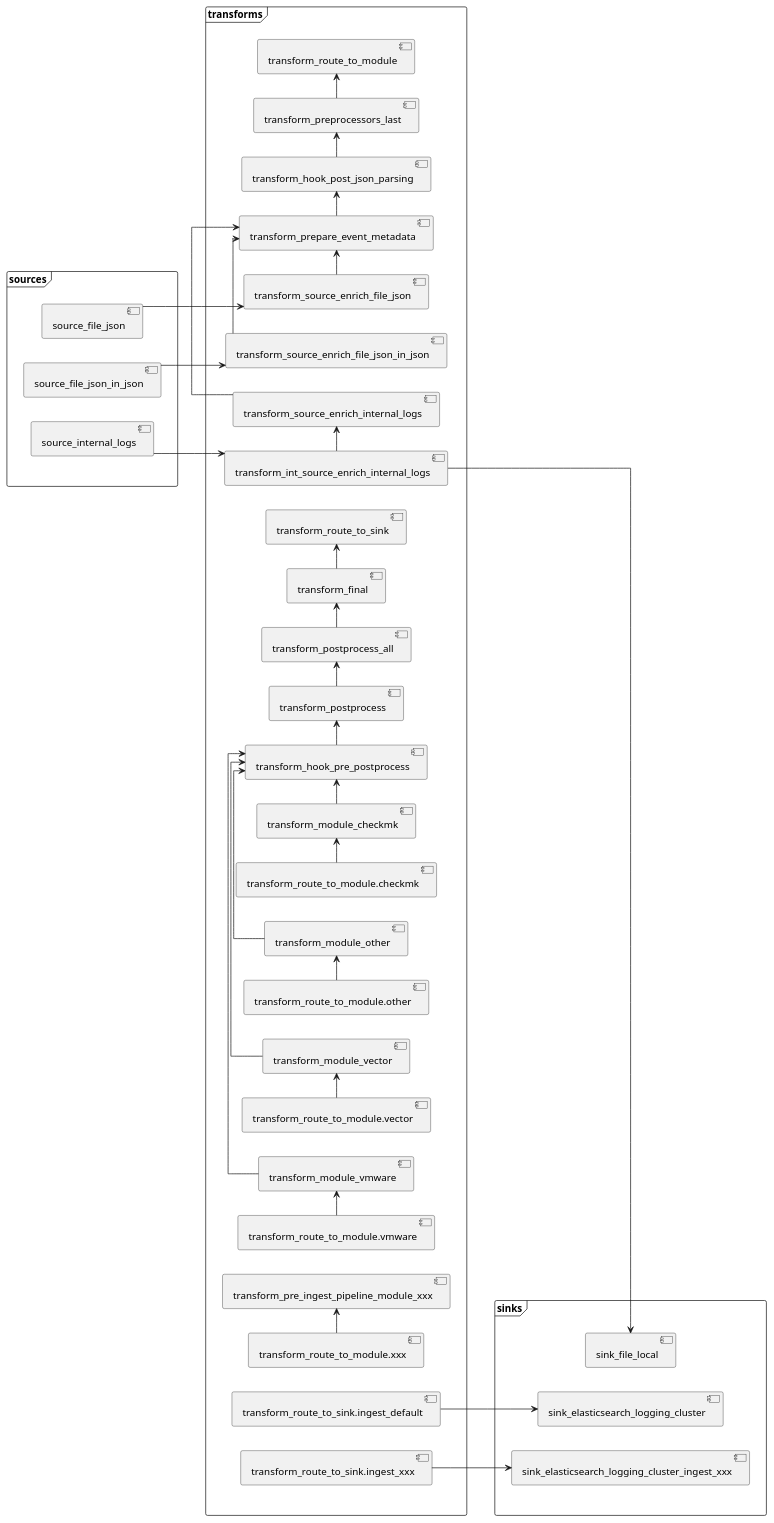
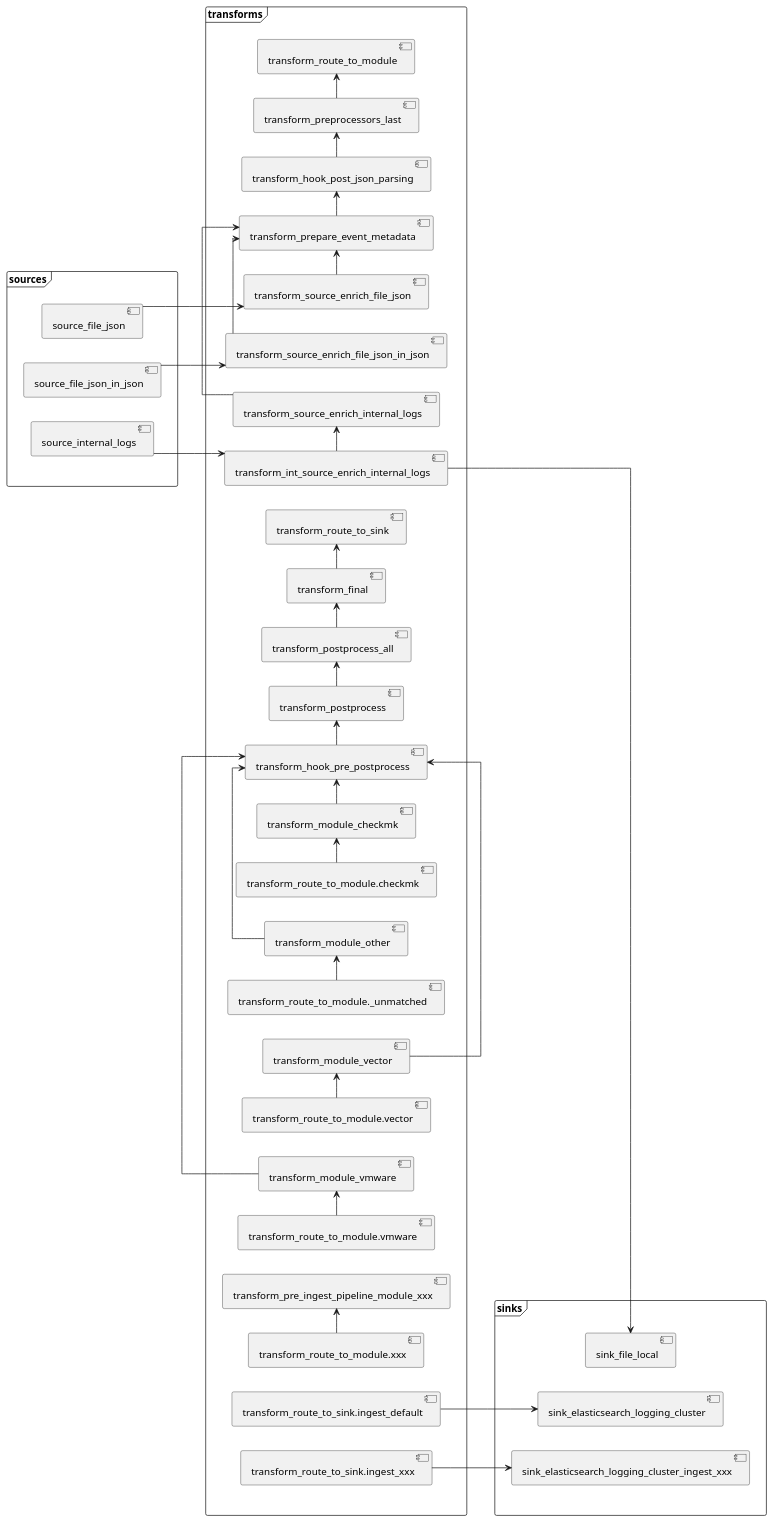
Before and after one commit to ypid/event-processing-framework: the diagram in docs/aggregator.puml, drawn with PlantUML. The commit also changed 3 other files, not shown here.

```diff
--- a/docs/aggregator.puml
+++ b/docs/aggregator.puml
@@ -1,76 +1,76 @@
 @startuml
 ' The following is generated by gen_component_diagram, all changes will be lost.
 left to right direction
 skinparam linetype ortho
 
 frame sources {
     component source_file_json
     component source_file_json_in_json
     component source_internal_logs
 }
 
 frame transforms {
     component transform_final
     component transform_hook_post_json_parsing
     component transform_hook_pre_postprocess
     component transform_int_source_enrich_internal_logs
     component transform_module_checkmk
     component transform_module_other
     component transform_module_vector
     component transform_module_vmware
     component transform_postprocess
     component transform_postprocess_all
     component transform_pre_ingest_pipeline_module_xxx
     component transform_prepare_event_metadata
     component transform_preprocessors_last
     component transform_route_to_module
+    component transform_route_to_module._unmatched
     component transform_route_to_module.checkmk
-    component transform_route_to_module.other
     component transform_route_to_module.vector
     component transform_route_to_module.vmware
     component transform_route_to_module.xxx
     component transform_route_to_sink
     component transform_route_to_sink.ingest_default
     component transform_route_to_sink.ingest_xxx
     component transform_source_enrich_file_json
     component transform_source_enrich_file_json_in_json
     component transform_source_enrich_internal_logs
 }
 
 frame sinks {
     component sink_elasticsearch_logging_cluster
     component sink_elasticsearch_logging_cluster_ingest_xxx
     component sink_file_local
 }
 
 sources -[hidden]-> transforms
 transforms -[hidden]-> sinks
 
 source_file_json -> transform_source_enrich_file_json
 source_file_json_in_json -> transform_source_enrich_file_json_in_json
 transform_int_source_enrich_internal_logs -> transform_source_enrich_internal_logs
 transform_final -> transform_route_to_sink
 source_internal_logs -> transform_int_source_enrich_internal_logs
 transform_source_enrich_file_json -> transform_prepare_event_metadata
 transform_source_enrich_file_json_in_json -> transform_prepare_event_metadata
 transform_source_enrich_internal_logs -> transform_prepare_event_metadata
 transform_hook_post_json_parsing -> transform_preprocessors_last
 transform_hook_pre_postprocess -> transform_postprocess
 transform_postprocess -> transform_postprocess_all
 transform_route_to_module.checkmk -> transform_module_checkmk
-transform_route_to_module.other -> transform_module_other
+transform_route_to_module._unmatched -> transform_module_other
 transform_route_to_module.vector -> transform_module_vector
 transform_route_to_module.vmware -> transform_module_vmware
 transform_route_to_module.xxx -> transform_pre_ingest_pipeline_module_xxx
 transform_prepare_event_metadata -> transform_hook_post_json_parsing
 transform_preprocessors_last -> transform_route_to_module
 transform_module_checkmk -> transform_hook_pre_postprocess
 transform_module_other -> transform_hook_pre_postprocess
 transform_module_vector -> transform_hook_pre_postprocess
 transform_module_vmware -> transform_hook_pre_postprocess
 transform_postprocess_all -> transform_final
 transform_route_to_sink.ingest_default -> sink_elasticsearch_logging_cluster
 transform_route_to_sink.ingest_xxx -> sink_elasticsearch_logging_cluster_ingest_xxx
 transform_int_source_enrich_internal_logs -> sink_file_local
 
 @enduml
```
